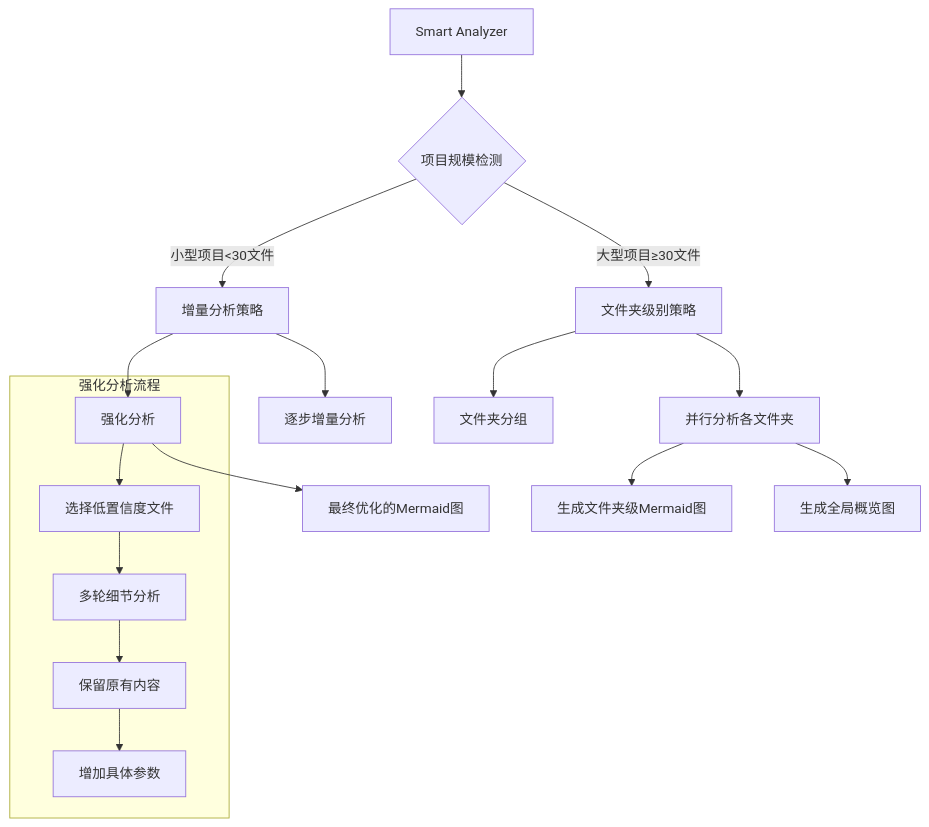
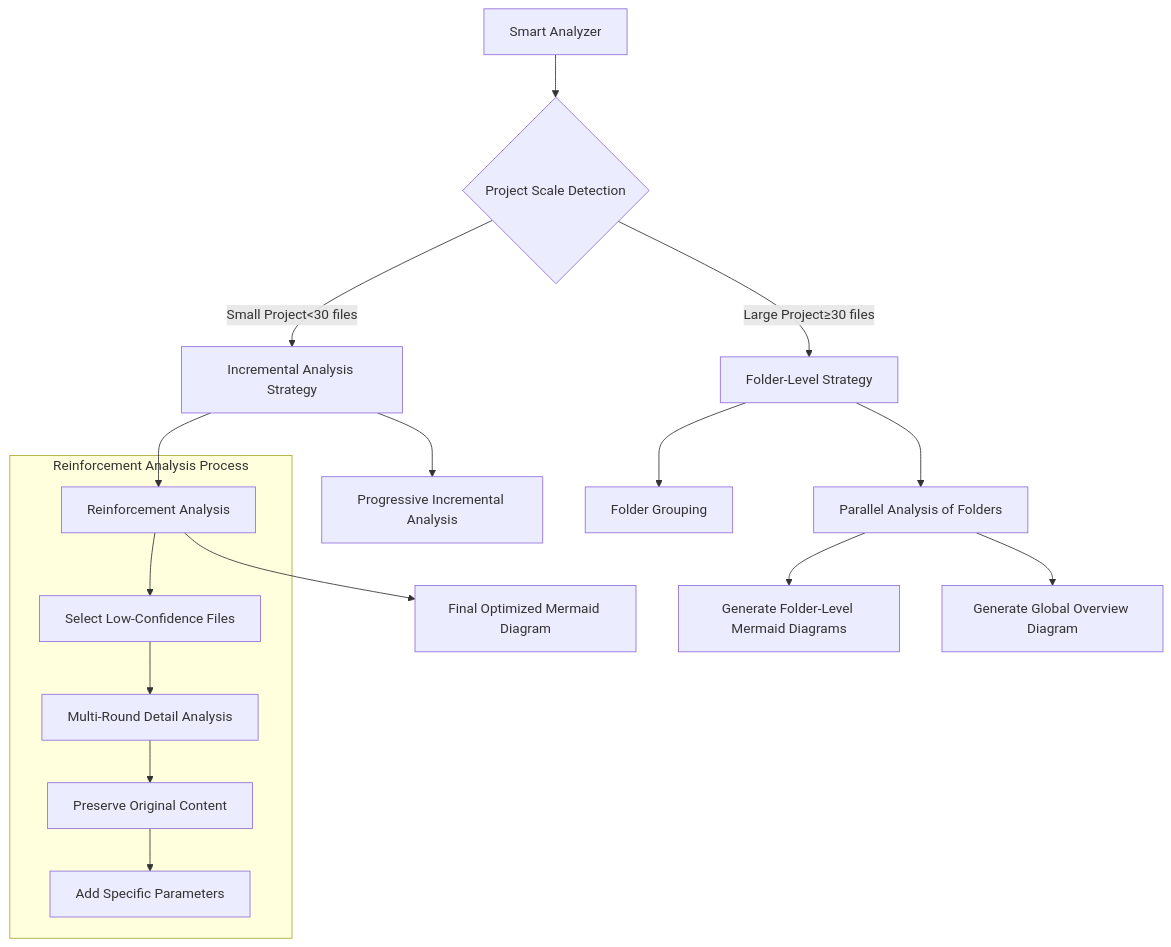
Before and after one commit to zorrosword/finite-monkey-engine: the first of 4 diagrams in src/code_summarizer/README.md, drawn with Mermaid. The commit also changed other lines of this file and 12 other files, not shown here.

````diff
--- a/src/code_summarizer/README.md
+++ b/src/code_summarizer/README.md
@@ -45,22 +45,22 @@
 ```mermaid
 flowchart TD
-    A[Smart Analyzer] --> B{项目规模检测}
-    B -->|小型项目<30文件| C[增量分析策略]
-    B -->|大型项目≥30文件| D[文件夹级别策略]
+    A[Smart Analyzer] --> B{Project Scale Detection}
+    B -->|Small Project<30 files| C[Incremental Analysis Strategy]
+    B -->|Large Project≥30 files| D[Folder-Level Strategy]
     
-    C --> E[逐步增量分析]
-    C --> F[强化分析]
-    F --> G[最终优化的Mermaid图]
+    C --> E[Progressive Incremental Analysis]
+    C --> F[Reinforcement Analysis]
+    F --> G[Final Optimized Mermaid Diagram]
     
-    D --> H[文件夹分组]
-    D --> I[并行分析各文件夹]
-    I --> J[生成文件夹级Mermaid图]
-    I --> K[生成全局概览图]
+    D --> H[Folder Grouping]
+    D --> I[Parallel Analysis of Folders]
+    I --> J[Generate Folder-Level Mermaid Diagrams]
+    I --> K[Generate Global Overview Diagram]
     
-    subgraph "强化分析流程"
-        F --> F1[选择低置信度文件]
-        F1 --> F2[多轮细节分析]
-        F2 --> F3[保留原有内容]
-        F3 --> F4[增加具体参数]
+    subgraph "Reinforcement Analysis Process"
+        F --> F1[Select Low-Confidence Files]
+        F1 --> F2[Multi-Round Detail Analysis]
+        F2 --> F3[Preserve Original Content]
+        F3 --> F4[Add Specific Parameters]
     end
 ```
````
